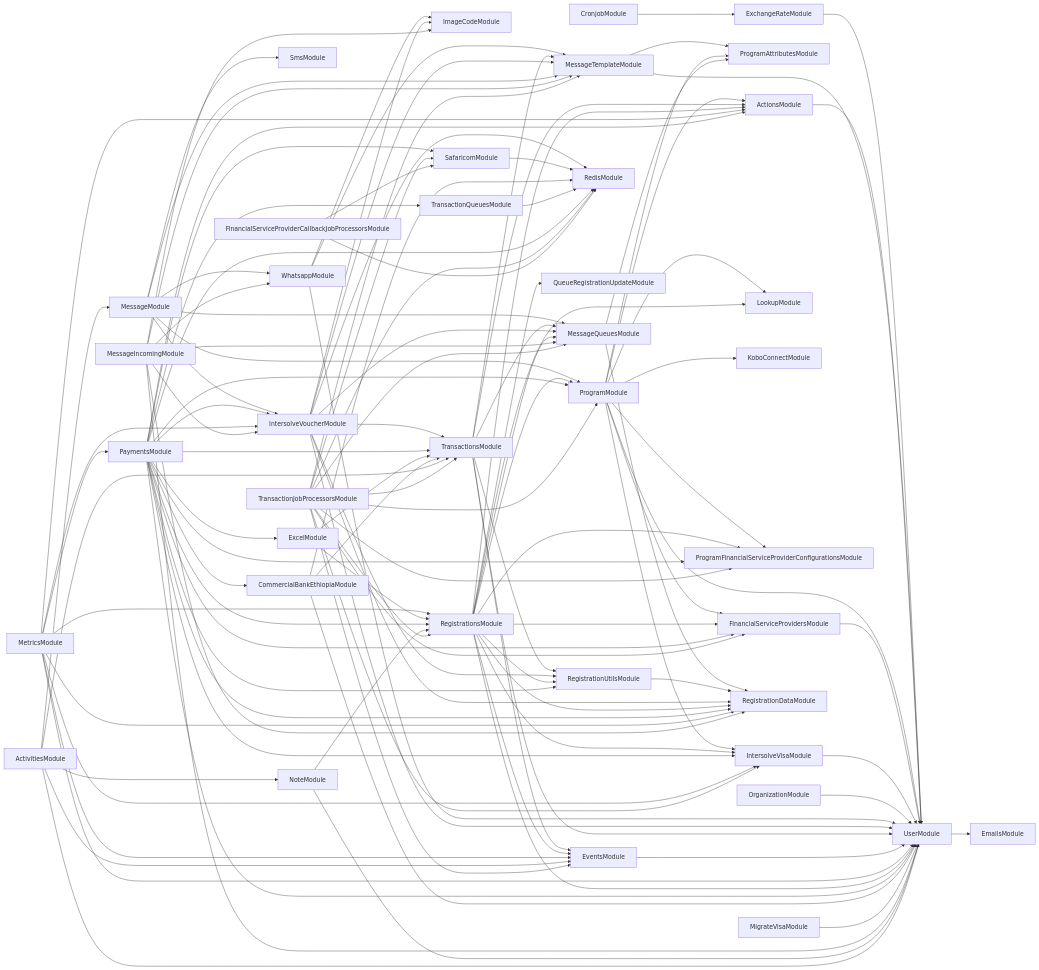
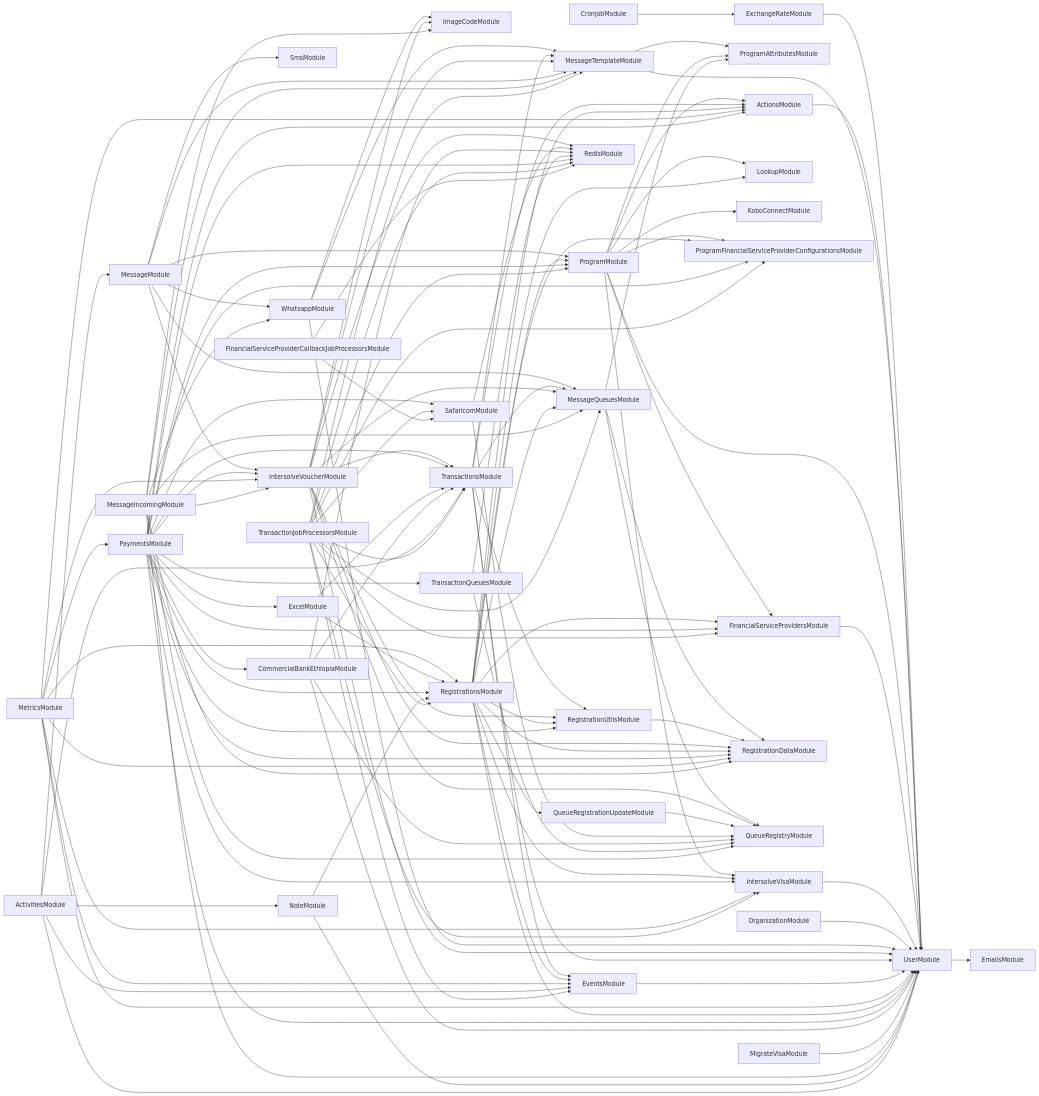
One commit to global-121/121-platform changed the diagram in services/121-service/module-dependencies.md. Above: the diagram before and after it, drawn with Mermaid. The commit also changed 20 other files, not shown here.

```diff
--- a/services/121-service/module-dependencies.md
+++ b/services/121-service/module-dependencies.md
@@ -27,6 +27,7 @@
   MessageModule-->MessageQueuesModule
   MessageQueuesModule-->ProgramAttributesModule
   MessageQueuesModule-->RegistrationDataModule
+  MessageQueuesModule-->QueueRegistryModule
   MessageModule-->IntersolveVoucherModule
   IntersolveVoucherModule-->ImageCodeModule
   IntersolveVoucherModule-->UserModule
@@ -44,6 +45,7 @@
   IntersolveVoucherModule-->RegistrationDataModule
   IntersolveVoucherModule-->RegistrationUtilsModule
   IntersolveVoucherModule-->RedisModule
+  IntersolveVoucherModule-->QueueRegistryModule
   MessageModule-->MessageTemplateModule
   MessageModule-->ProgramModule
   MetricsModule-->UserModule
@@ -59,6 +61,7 @@
   RegistrationsModule-->RegistrationUtilsModule
   RegistrationsModule-->EventsModule
   RegistrationsModule-->QueueRegistrationUpdateModule
+  QueueRegistrationUpdateModule-->QueueRegistryModule
   RegistrationsModule-->ProgramFinancialServiceProviderConfigurationsModule
   MetricsModule-->ActionsModule
   MetricsModule-->PaymentsModule
@@ -69,6 +72,7 @@
   PaymentsModule-->TransactionsModule
   PaymentsModule-->SafaricomModule
   SafaricomModule-->RedisModule
+  SafaricomModule-->QueueRegistryModule
   PaymentsModule-->ExcelModule
   ExcelModule-->TransactionsModule
   ExcelModule-->RegistrationsModule
@@ -76,12 +80,14 @@
   CommercialBankEthiopiaModule-->TransactionsModule
   CommercialBankEthiopiaModule-->UserModule
   CommercialBankEthiopiaModule-->RedisModule
+  CommercialBankEthiopiaModule-->QueueRegistryModule
   PaymentsModule-->RegistrationsModule
   PaymentsModule-->ProgramModule
   PaymentsModule-->RegistrationUtilsModule
   PaymentsModule-->RegistrationDataModule
   PaymentsModule-->TransactionQueuesModule
   TransactionQueuesModule-->RedisModule
+  TransactionQueuesModule-->QueueRegistryModule
   PaymentsModule-->FinancialServiceProvidersModule
   PaymentsModule-->ProgramFinancialServiceProviderConfigurationsModule
   PaymentsModule-->RedisModule
@@ -97,6 +103,7 @@
   MessageIncomingModule-->MessageQueuesModule
   MessageIncomingModule-->MessageTemplateModule
   MessageIncomingModule-->RegistrationDataModule
+  MessageIncomingModule-->QueueRegistryModule
   NoteModule-->RegistrationsModule
   NoteModule-->UserModule
   ActivitiesModule-->NoteModule
```
